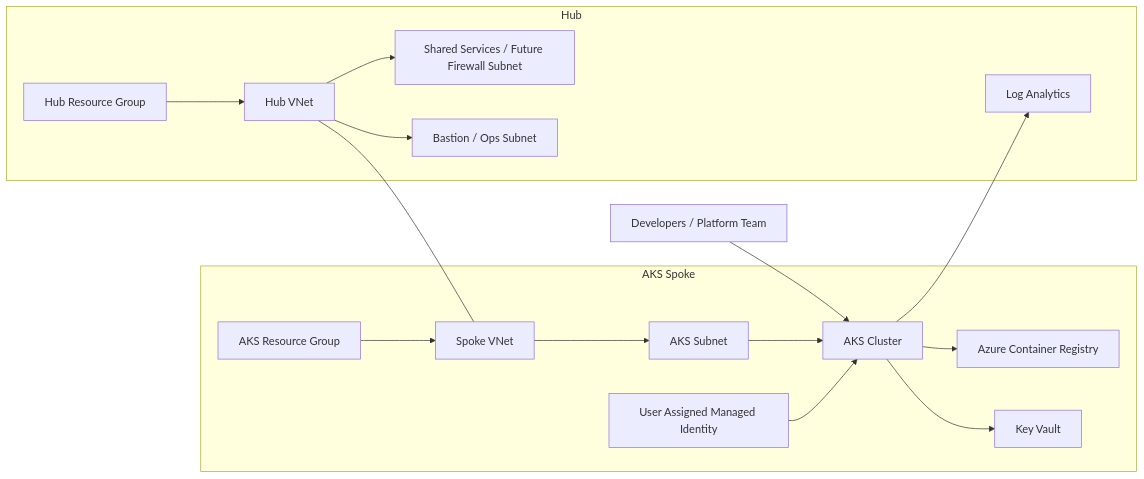
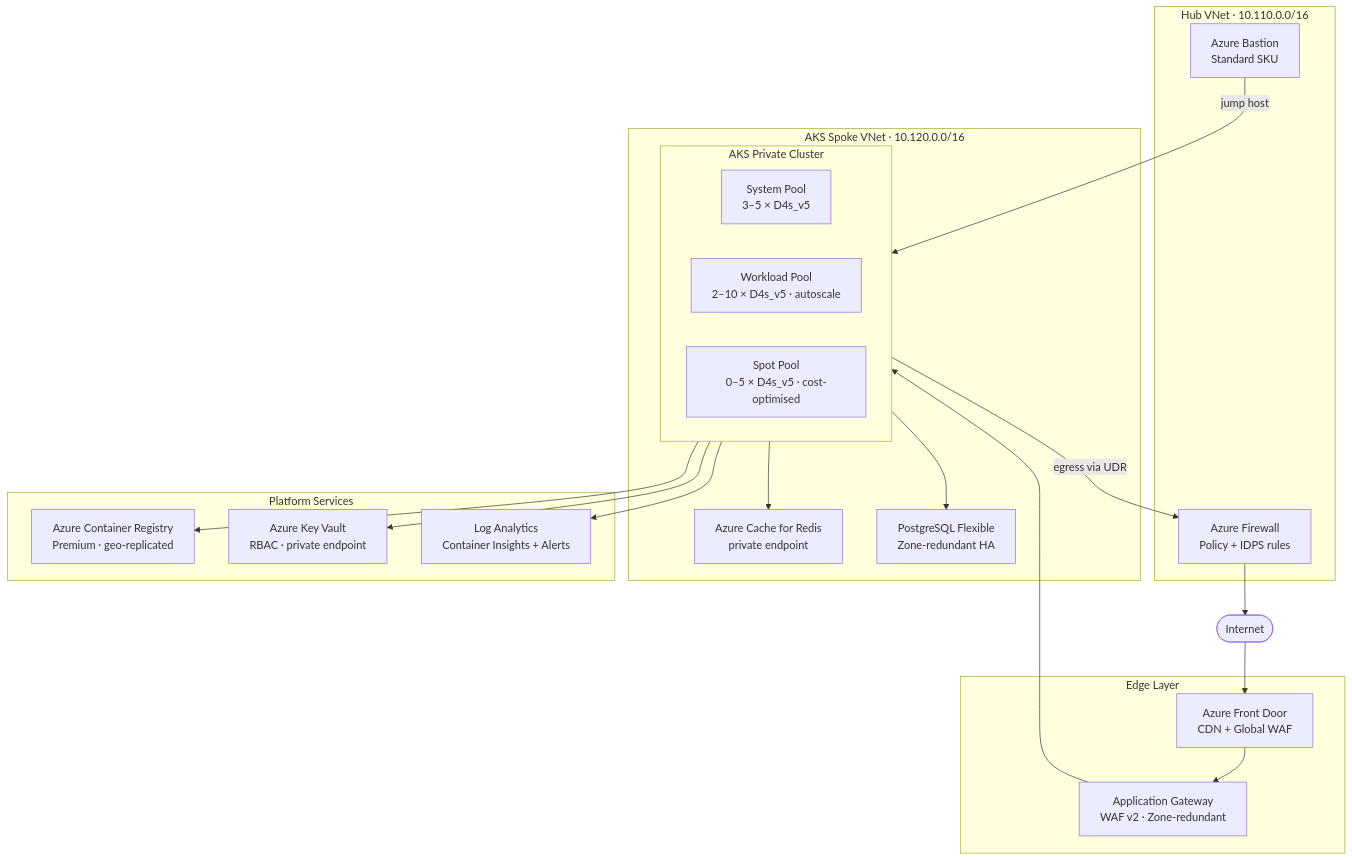
The diagram in README.md (pascariucosmin93/azure-aks-platform), drawn with Mermaid before and after one commit. The commit also changed other lines of this file and 65 other files, not shown here.

````diff
--- a/README.md
+++ b/README.md
@@ -31,35 +11,40 @@
 ```mermaid
-flowchart LR
-    user[Developers / Platform Team]
+flowchart TD
+    internet([Internet])
 
-    subgraph hub[Hub]
-      rgHub[Hub Resource Group]
-      vnetHub[Hub VNet]
-      subFirewall[Shared Services / Future Firewall Subnet]
-      subBastion[Bastion / Ops Subnet]
-      loga[Log Analytics]
+    subgraph edge[Edge Layer]
+        fd[Azure Front Door\nCDN + Global WAF]
+        agw[Application Gateway\nWAF v2 · Zone-redundant]
     end
 
-    subgraph spoke[AKS Spoke]
-      rgSpoke[AKS Resource Group]
-      vnetSpoke[Spoke VNet]
-      subAks[AKS Subnet]
-      aks[AKS Cluster]
-      acr[Azure Container Registry]
-      kv[Key Vault]
-      uami[User Assigned Managed Identity]
+    subgraph hub[Hub VNet · 10.110.0.0/16]
+        bastion[Azure Bastion\nStandard SKU]
+        fw[Azure Firewall\nPolicy + IDPS rules]
     end
 
-    user --> aks
-    rgHub --> vnetHub
-    rgSpoke --> vnetSpoke
-    vnetHub --- vnetSpoke
-    vnetSpoke --> subAks
-    subAks --> aks
-    aks --> acr
-    aks --> kv
-    aks --> loga
-    uami --> aks
-    vnetHub --> subFirewall
-    vnetHub --> subBastion
+    subgraph spoke[AKS Spoke VNet · 10.120.0.0/16]
+        subgraph aks_cluster[AKS Private Cluster]
+            sys[System Pool\n3–5 × D4s_v5]
+            work[Workload Pool\n2–10 × D4s_v5 · autoscale]
+            spot[Spot Pool\n0–5 × D4s_v5 · cost-optimised]
+        end
+        redis[Azure Cache for Redis\nprivate endpoint]
+        pg[PostgreSQL Flexible\nZone-redundant HA]
+    end
+
+    subgraph platform[Platform Services]
+        acr[Azure Container Registry\nPremium · geo-replicated]
+        kv[Azure Key Vault\nRBAC · private endpoint]
+        log[Log Analytics\nContainer Insights + Alerts]
+    end
+
+    internet --> fd --> agw
+    agw --> aks_cluster
+    bastion -->|jump host| aks_cluster
+    aks_cluster -->|egress via UDR| fw --> internet
+    aks_cluster --> redis
+    aks_cluster --> pg
+    aks_cluster --> acr
+    aks_cluster --> kv
+    aks_cluster --> log
 ```
````
